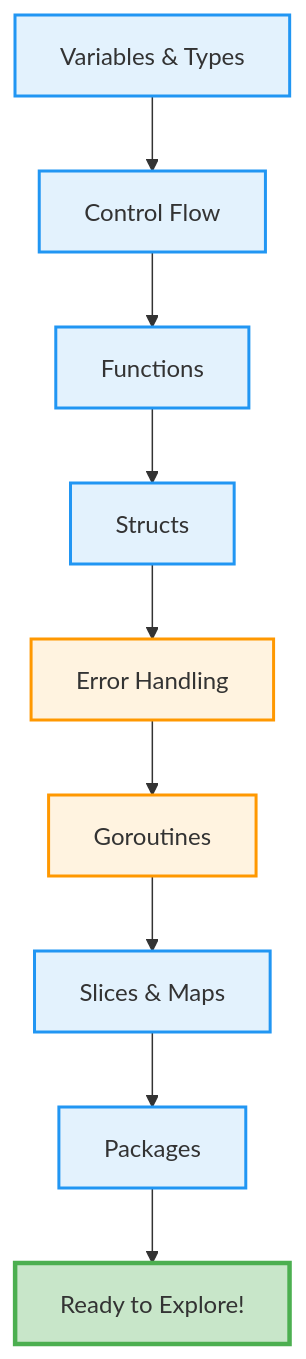
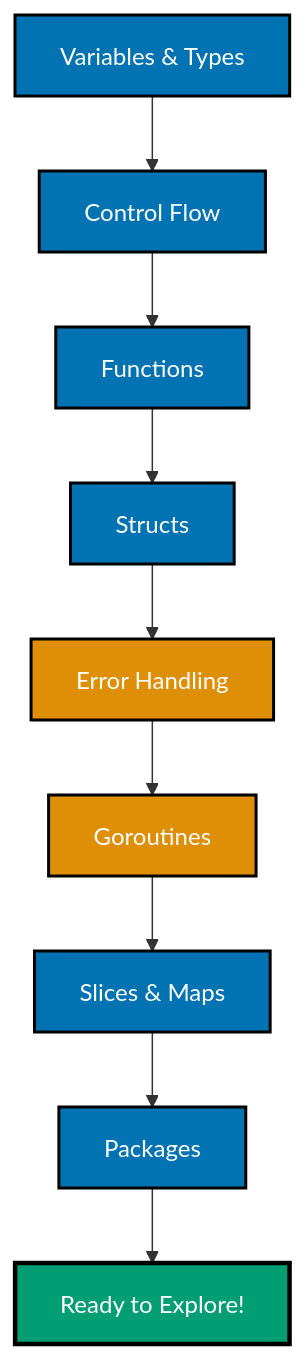
Before and after one commit to wahidyankf/open-sharia-enterprise: the diagram in docs/tutorials/software-engineering/programming-languages/golang/tu-soen-prla-gola__quick-start.md, drawn with Mermaid. The commit also changed other lines of this file and 22 other files, not shown here.

First line of the commit message:
docs(diagrams): ensure all mermaid diagrams use color-blind friendly palette

````diff
--- a/docs/tutorials/software-engineering/programming-languages/golang/tu-soen-prla-gola__quick-start.md
+++ b/docs/tutorials/software-engineering/programming-languages/golang/tu-soen-prla-gola__quick-start.md
@@ -25,21 +28,21 @@
 ```mermaid
 graph TB
     A[Variables & Types] --> B[Control Flow]
     B --> C[Functions]
     C --> D[Structs]
     D --> E[Error Handling]
     E --> F[Goroutines]
     F --> G[Slices & Maps]
     G --> H[Packages]
     H --> I[Ready to Explore!]
 
-    style A fill:#E3F2FD,stroke:#2196F3,stroke-width:2px
-    style B fill:#E3F2FD,stroke:#2196F3,stroke-width:2px
-    style C fill:#E3F2FD,stroke:#2196F3,stroke-width:2px
-    style D fill:#E3F2FD,stroke:#2196F3,stroke-width:2px
-    style E fill:#FFF3E0,stroke:#FF9800,stroke-width:2px
-    style F fill:#FFF3E0,stroke:#FF9800,stroke-width:2px
-    style G fill:#E3F2FD,stroke:#2196F3,stroke-width:2px
-    style H fill:#E3F2FD,stroke:#2196F3,stroke-width:2px
-    style I fill:#C8E6C9,stroke:#4CAF50,stroke-width:3px
+    style A fill:#0173B2,stroke:#000000,color:#FFFFFF,stroke-width:2px
+    style B fill:#0173B2,stroke:#000000,color:#FFFFFF,stroke-width:2px
+    style C fill:#0173B2,stroke:#000000,color:#FFFFFF,stroke-width:2px
+    style D fill:#0173B2,stroke:#000000,color:#FFFFFF,stroke-width:2px
+    style E fill:#DE8F05,stroke:#000000,color:#FFFFFF,stroke-width:2px
+    style F fill:#DE8F05,stroke:#000000,color:#FFFFFF,stroke-width:2px
+    style G fill:#0173B2,stroke:#000000,color:#FFFFFF,stroke-width:2px
+    style H fill:#0173B2,stroke:#000000,color:#FFFFFF,stroke-width:2px
+    style I fill:#029E73,stroke:#000000,color:#FFFFFF,stroke-width:3px
 ```
````
